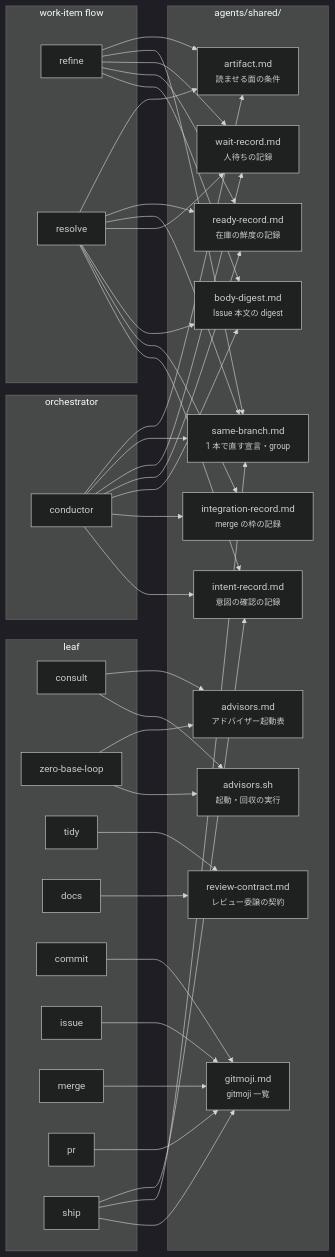
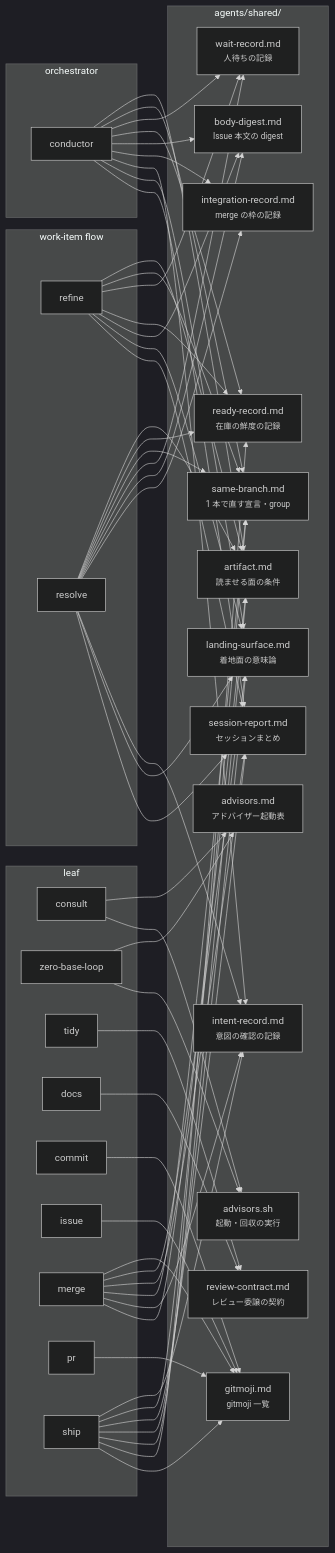
The second of 2 diagrams in agents/docs/structure.md (usagizmo/agentfiles), drawn with Mermaid (dark theme) before and after one commit. The commit also changed other lines of this file and 41 other files, not shown here.

```diff
--- a/agents/docs/structure.md
+++ b/agents/docs/structure.md
@@ -102,6 +102,8 @@
         AD["advisors.md<br/><small>アドバイザー起動表</small>"]
         AS["advisors.sh<br/><small>起動・回収の実行</small>"]
         GM["gitmoji.md<br/><small>gitmoji 一覧</small>"]
+        LS["landing-surface.md<br/><small>着地面の意味論</small>"]
+        SR["session-report.md<br/><small>セッションまとめ</small>"]
     end
 
     RF --> AF
@@ -126,6 +128,21 @@
     RS --> IT
     SH --> IT
     SH --> SB
+    CO --> LS
+    RF --> LS
+    RS --> LS
+    ME --> LS
+    CO --> SR
+    RS --> SR
+    ME --> SR
+    SH --> SR
+    SH --> LS
+    SH --> AF
+    SH --> RR
+    ME --> SB
+    ME --> IT
+    ME --> AF
+    RF --> SR
     CS --> AD
     CS --> AS
     ZB --> AD
```
